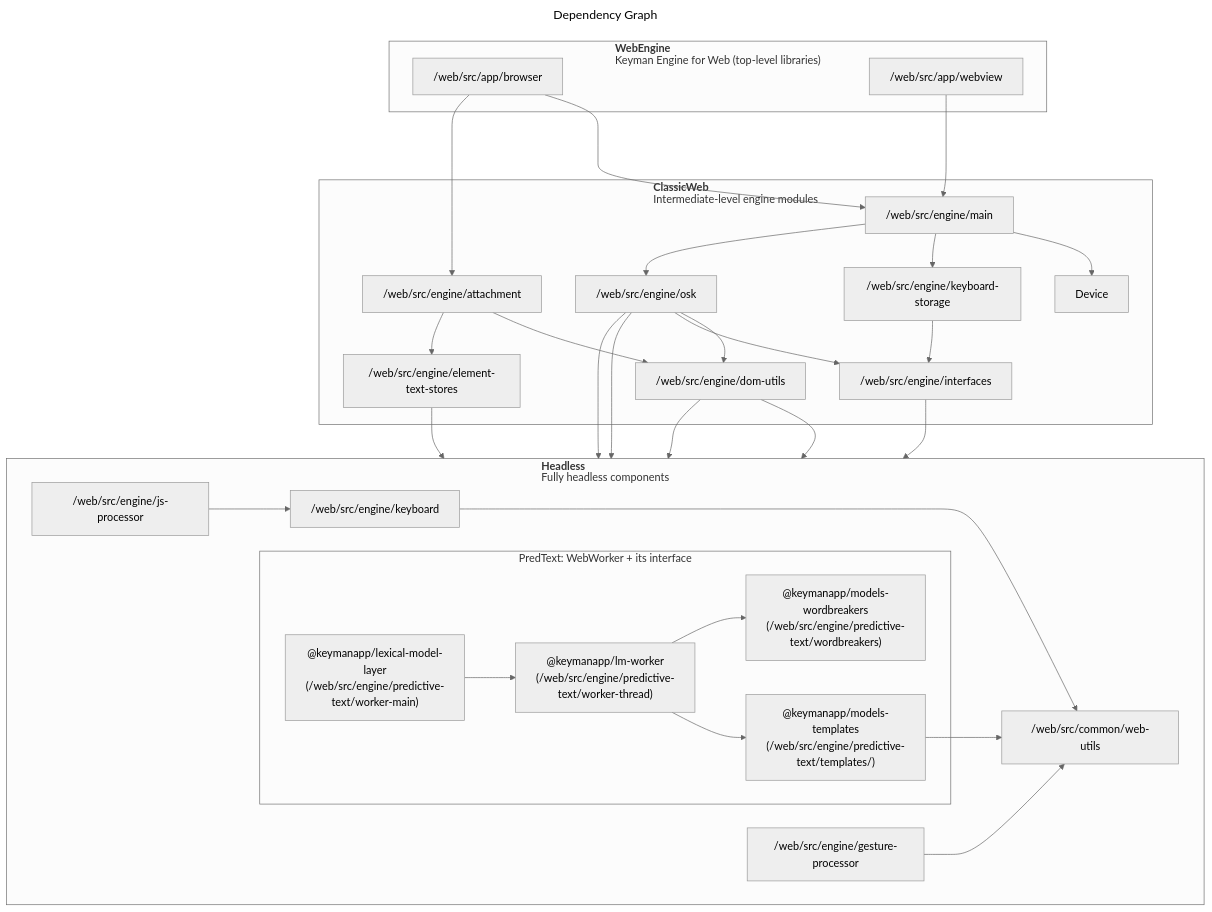
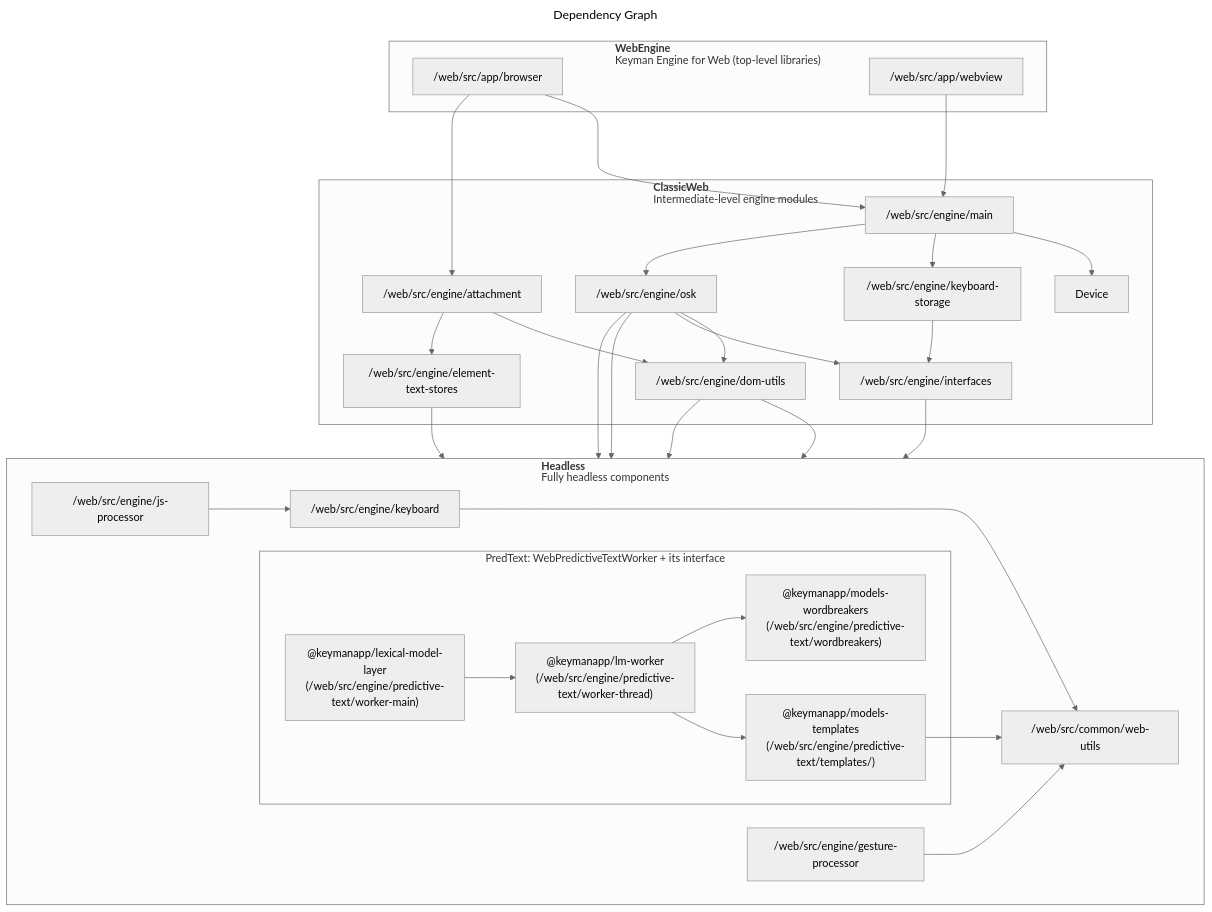
One commit to keymanapp/keyman changed the diagram in web/README.md. Above: the diagram before and after it, drawn with Mermaid (neutral theme). The commit also changed 36 other files, not shown here.

First line of the commit message:
refactor(web): complete unbundling of lexical model worker

````diff
--- a/web/README.md
+++ b/web/README.md
@@ -77,75 +77,75 @@
 ```mermaid
 ---
 title: Dependency Graph
 ---
 %% For rendering, use e.g. https://mermaid.live
 %%{init: {"flowchart": {"htmlLabels": false}} }%%
 graph TD;
     OSK["/web/src/engine/osk"];
     KeyboardSpec["/web/src/engine/keyboard"];
     JSProc["/web/src/engine/js-processor"];
     OSK-->KeyboardSpec;
     WebUtils["/web/src/common/web-utils"];
     KeyboardSpec---->WebUtils;
     Wordbreakers["@keymanapp/models-wordbreakers<br>(/web/src/engine/predictive-text/wordbreakers)"];
     Models["@keymanapp/models-templates<br>(/web/src/engine/predictive-text/templates/)"];
     Models-->WebUtils;
     LMWorker["@keymanapp/lm-worker<br>(/web/src/engine/predictive-text/worker-thread)"];
     LMWorker-->Models;
     LMWorker-->Wordbreakers;
     LMLayer["@keymanapp/lexical-model-layer<br>(/web/src/engine/predictive-text/worker-main)"];
     LMLayer-->LMWorker;
     Gestures["/web/src/engine/gesture-processor"];
     Gestures-->WebUtils;
 
-    subgraph PredText["PredText: WebWorker + its interface"]
+    subgraph PredText["PredText: WebPredictiveTextWorker + its interface"]
         LMLayer;
         LMWorker;
         Models;
         Wordbreakers;
     end
 
     subgraph Headless["`**Headless**
     Fully headless components`"]
         direction LR
         KeyboardSpec;
         JSProc-->KeyboardSpec;
         WebUtils;
         PredText;
         Gestures;
     end
 
     subgraph ClassicWeb["`**ClassicWeb**
     Intermediate-level engine modules`"]
         Elements["/web/src/engine/element-text-stores"];
         Elements-->JSProc;
         KeyboardStorage["/web/src/engine/keyboard-storage"];
         KeyboardStorage-->Interfaces;
         DomUtils["/web/src/engine/dom-utils"];
         DomUtils-->WebUtils;
         DomUtils-->KeyboardSpec;
         OSK-->DomUtils;
         OSK-->Gestures;
         Interfaces["/web/src/engine/interfaces"];
         Interfaces-->KeyboardSpec;
         OSK-->Interfaces;
         CommonEngine["/web/src/engine/main"];
         CommonEngine-->Device;
         CommonEngine-->KeyboardStorage;
         CommonEngine-->OSK;
         Attachment["/web/src/engine/attachment"];
         Attachment-->DomUtils;
         Attachment-->Elements;
     end
 
     subgraph WebEngine["`**WebEngine**
     Keyman Engine for Web (top-level libraries)`"]
         Browser["/web/src/app/browser"];
         WebView["/web/src/app/webview"];
 
         WebView--->CommonEngine;
 
         Browser--->CommonEngine;
         Browser-->Attachment;
     end
 ```
````
